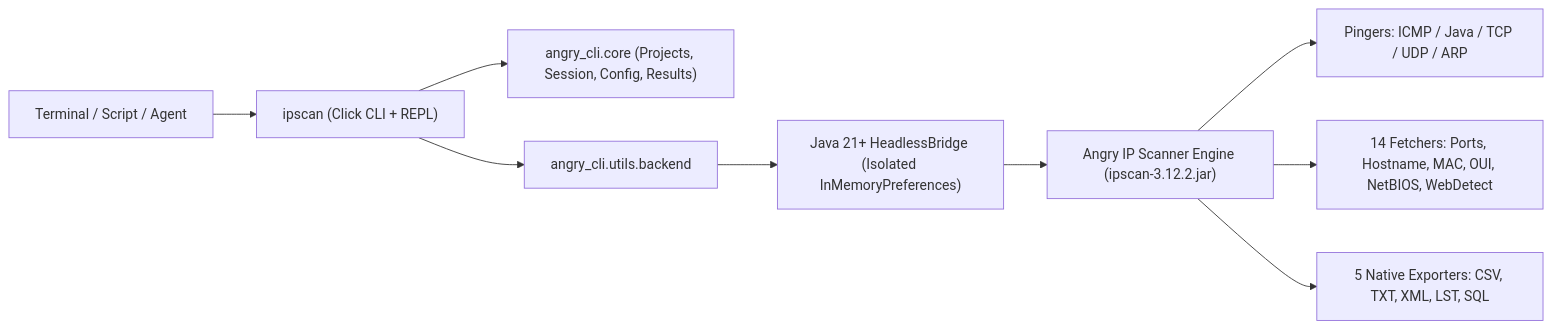
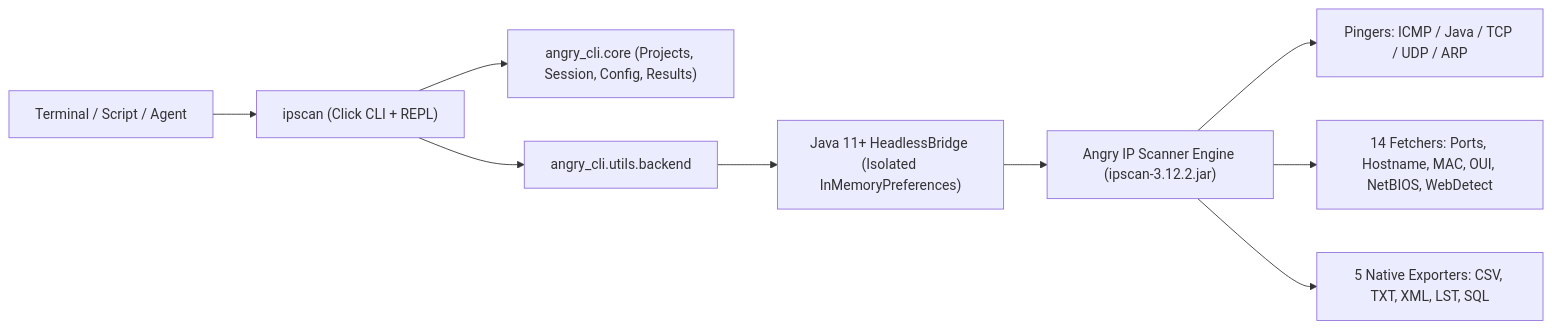
Before and after one commit to azkiabenington/angry-cli: the diagram in README.md, drawn with Mermaid. The commit also changed other lines of this file and 15 other files, not shown here.

Commit message:
feat(java11): backport bundled Angry IP Scanner 3.12.2 engine & bridge to Java 11+ (v1.1.0)

````diff
--- a/README.md
+++ b/README.md
@@ -32,11 +32,11 @@
 ```mermaid
 flowchart LR
     User["Terminal / Script / Agent"] --> CLI["ipscan (Click CLI + REPL)"]
     CLI --> Core["angry_cli.core (Projects, Session, Config, Results)"]
     CLI --> Backend["angry_cli.utils.backend"]
-    Backend --> Bridge["Java 21+ HeadlessBridge (Isolated InMemoryPreferences)"]
+    Backend --> Bridge["Java 11+ HeadlessBridge (Isolated InMemoryPreferences)"]
     Bridge --> Engine["Angry IP Scanner Engine (ipscan-3.12.2.jar)"]
     Engine --> Pingers["Pingers: ICMP / Java / TCP / UDP / ARP"]
     Engine --> Fetchers["14 Fetchers: Ports, Hostname, MAC, OUI, NetBIOS, WebDetect"]
     Engine --> Exporters["5 Native Exporters: CSV, TXT, XML, LST, SQL"]
 ```
````
